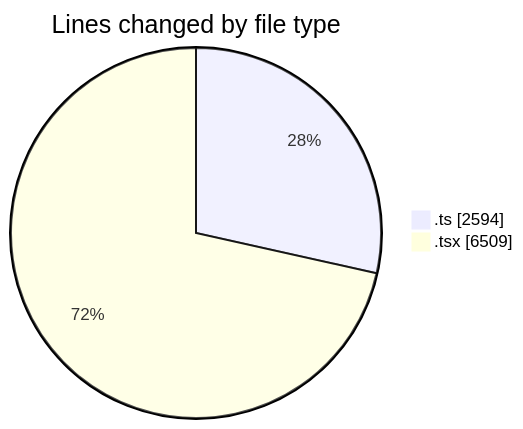
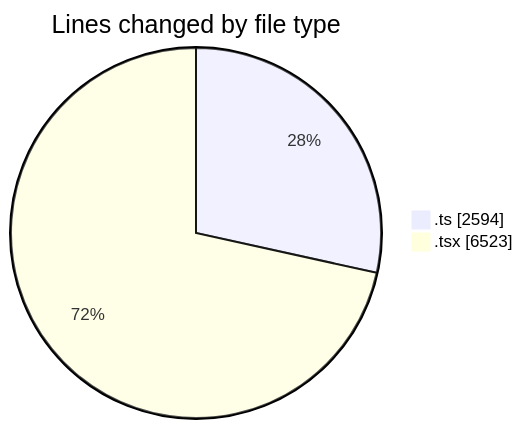
One commit to momahboobian/code-tracking changed the first of 2 diagrams in 2025-07-01/cda/README.md. Above: the diagram before and after it, drawn with Mermaid. The commit also changed other lines of this file and 1 other file, not shown here.

````diff
--- a/2025-07-01/cda/README.md
+++ b/2025-07-01/cda/README.md
@@ -44,6 +44,6 @@
 ```mermaid
 pie showData
 title Lines changed by file type
 ".ts" : 2594
-".tsx" : 6509
+".tsx" : 6523
 ```
````
